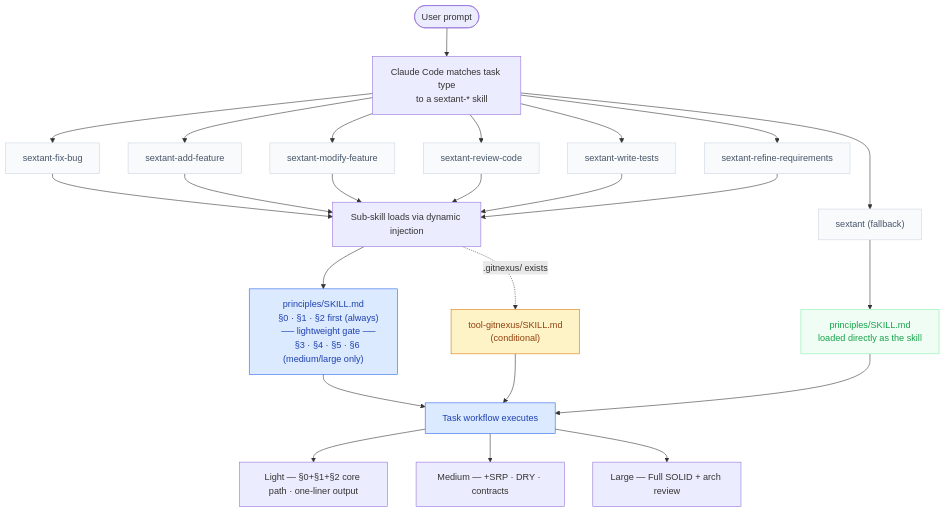
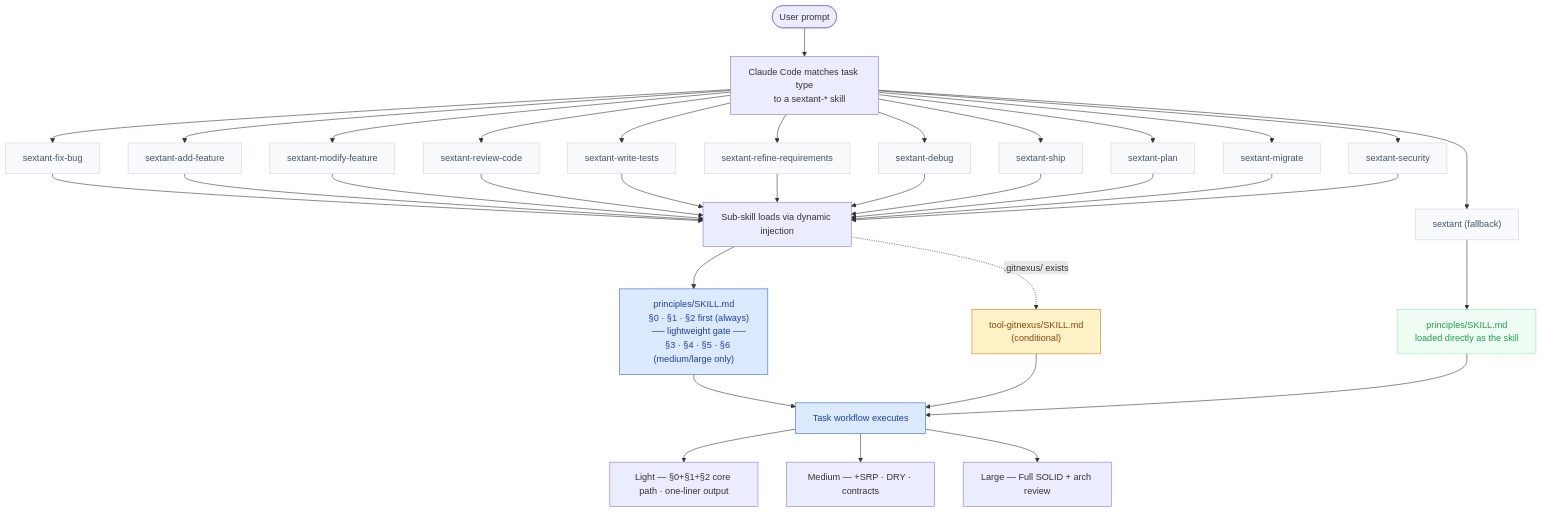
The diagram in README.md (hellotern/Sextant), drawn with Mermaid before and after one commit. The commit also changed other lines of this file and 10 other files, not shown here.

Commit message:
add sextant-plan、sextant-migrate sextant-security、.sextant AI skills

````diff
--- a/README.md
+++ b/README.md
@@ -62,42 +62,47 @@
 ```mermaid
 flowchart TD
     A(["User prompt"]) --> B
 
     B["Claude Code matches task type
     to a sextant-* skill"]
     B --> R1["sextant-fix-bug"]
     B --> R2["sextant-add-feature"]
     B --> R3["sextant-modify-feature"]
     B --> R4["sextant-review-code"]
     B --> R5["sextant-write-tests"]
     B --> R6["sextant-refine-requirements"]
+    B --> R8["sextant-debug"]
+    B --> R9["sextant-ship"]
+    B --> R10["sextant-plan"]
+    B --> R11["sextant-migrate"]
+    B --> R12["sextant-security"]
     B --> R7["sextant (fallback)"]
 
-    R1 & R2 & R3 & R4 & R5 & R6 --> C
+    R1 & R2 & R3 & R4 & R5 & R6 & R8 & R9 & R10 & R11 & R12 --> C
     R7 --> F["principles/SKILL.md
     loaded directly as the skill"]
 
     C["Sub-skill loads via dynamic injection"]
     C --> P["principles/SKILL.md
     §0 · §1 · §2 first (always)
     ── lightweight gate ──
     §3 · §4 · §5 · §6 (medium/large only)"]
     C -.->|.gitnexus/ exists| GN["tool-gitnexus/SKILL.md
     (conditional)"]
     P & GN --> D["Task workflow executes"]
     F --> D
 
     D --> S1["Light — §0+§1+§2 core path · one-liner output"]
     D --> S2["Medium — +SRP · DRY · contracts"]
     D --> S3["Large — Full SOLID + arch review"]
 
     classDef skill       fill:#f8fafc,stroke:#cbd5e1,color:#475569
     classDef inject      fill:#dbeafe,stroke:#2563eb,color:#1e40af
     classDef conditional fill:#fef3c7,stroke:#d97706,color:#92400e
     classDef fallback    fill:#f0fdf4,stroke:#86efac,color:#16a34a
 
-    class R1,R2,R3,R4,R5,R6,R7 skill
+    class R1,R2,R3,R4,R5,R6,R7,R8,R9,R10,R11,R12 skill
     class P,D inject
     class GN conditional
     class F fallback
 ```
````
